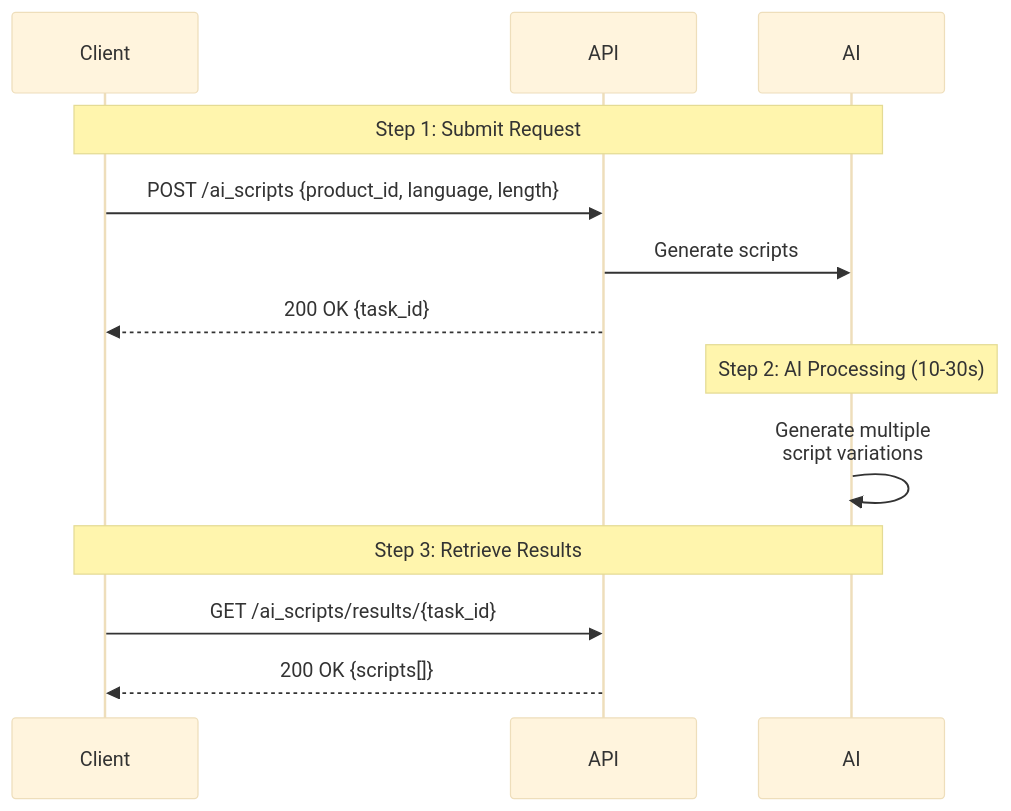
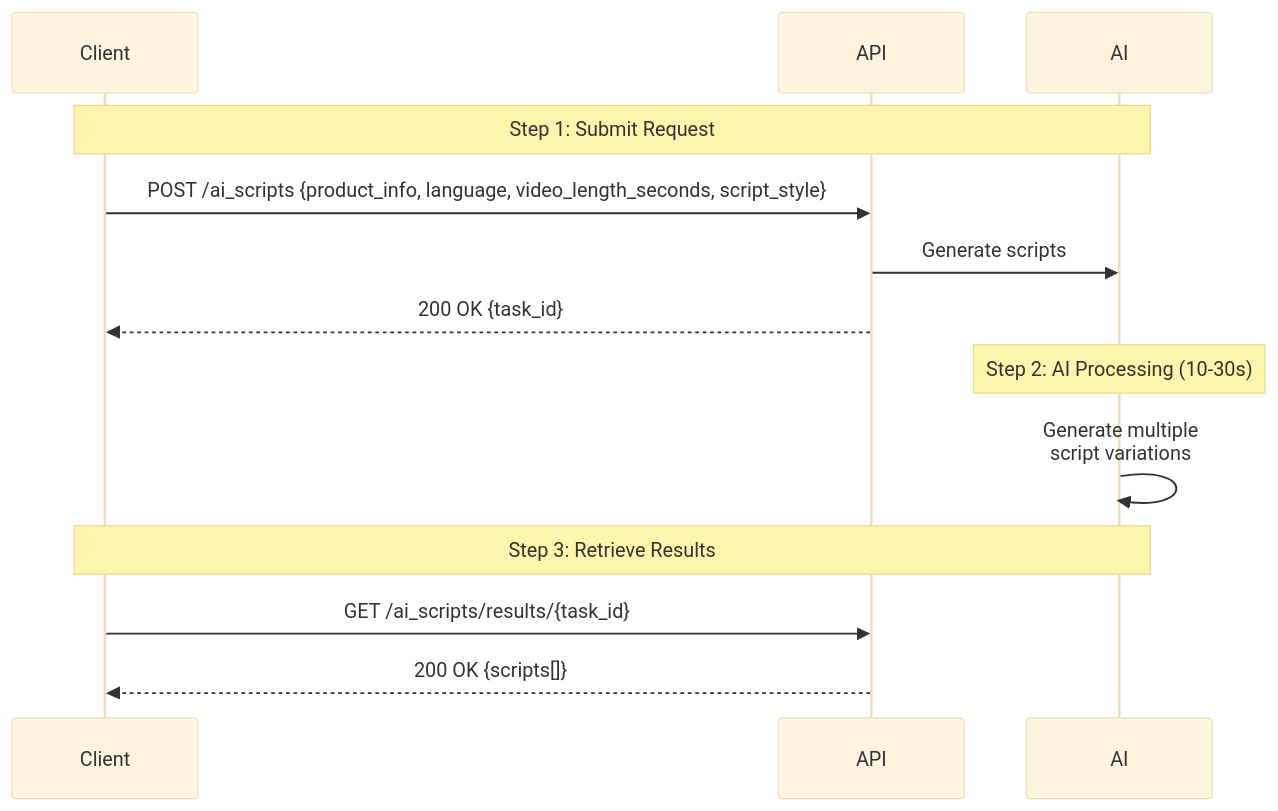
Before and after one commit to JoggAI-Tech/docs: the diagram in api-reference/v2/API Documentation/AIScripts.mdx, drawn with Mermaid (base theme). The commit also changed other lines of this file and 64 other files, not shown here.

````diff
--- a/api-reference/v2/API Documentation/AIScripts.mdx
+++ b/api-reference/v2/API Documentation/AIScripts.mdx
@@ -45,18 +45,18 @@
 ```mermaid
 sequenceDiagram
     participant Client
     participant API
     participant AI
     
     Note over Client,AI: Step 1: Submit Request
-    Client->>API: POST /ai_scripts {product_id, language, length}
+    Client->>API: POST /ai_scripts {product_info, language, video_length_seconds, script_style}
     API->>AI: Generate scripts
     API-->>Client: 200 OK {task_id}
     
     Note over AI: Step 2: AI Processing (10-30s)
     AI->>AI: Generate multiple<br/>script variations
     
     Note over Client,AI: Step 3: Retrieve Results
     Client->>API: GET /ai_scripts/results/{task_id}
     API-->>Client: 200 OK {scripts[]}
 ```
````
